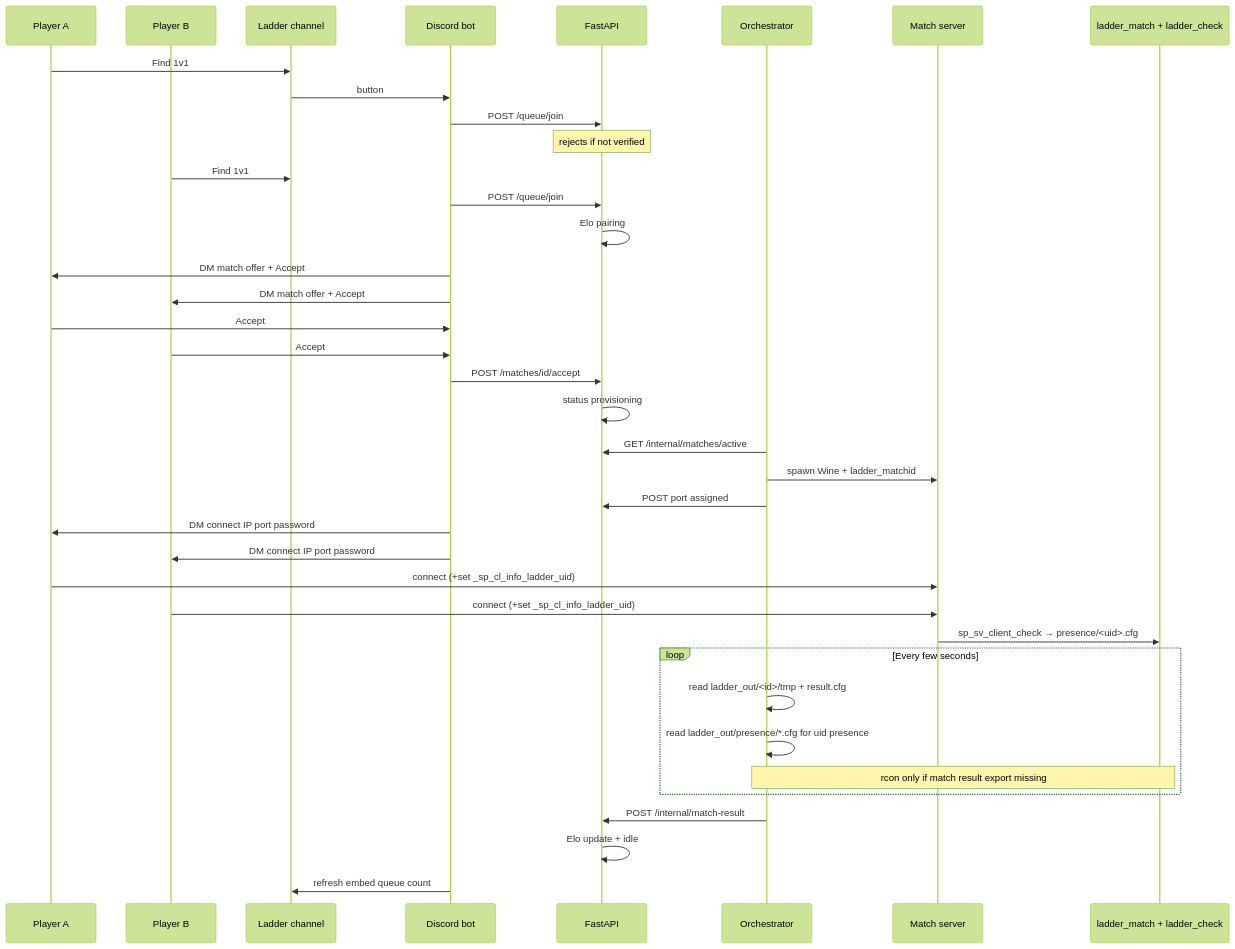
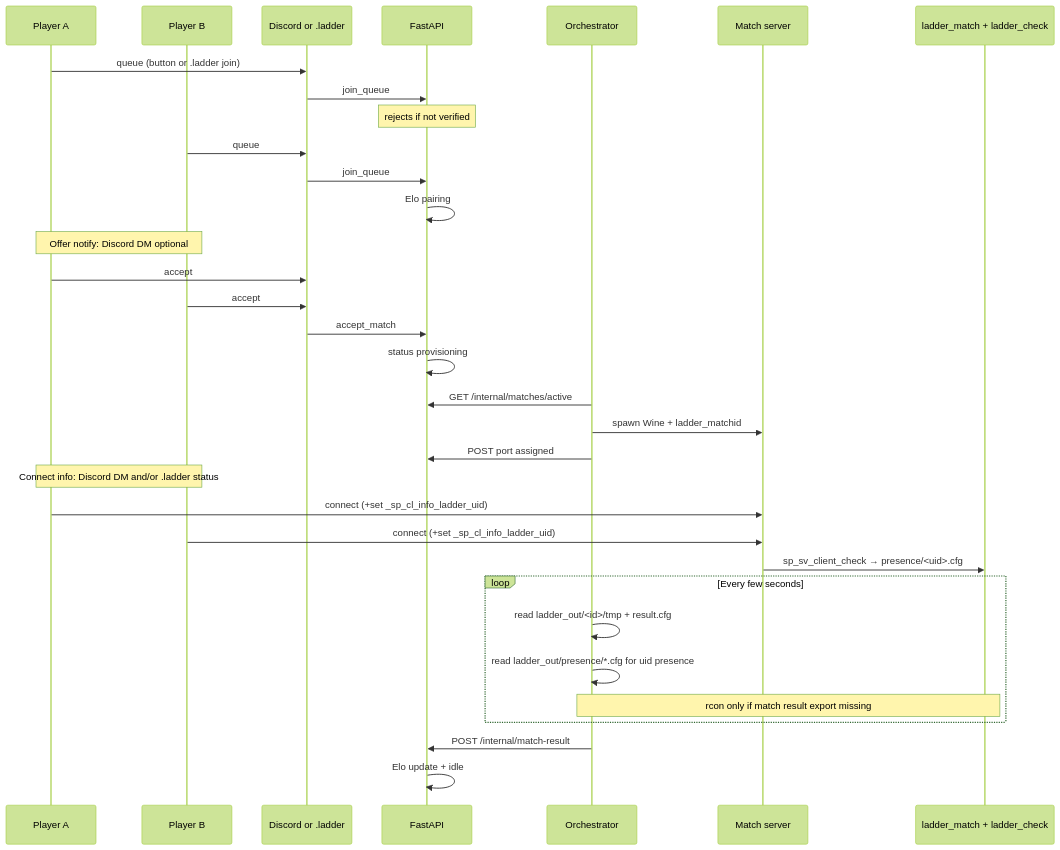
The fourth of 10 diagrams in README.md (d3nd3/sof-ladder), drawn with Mermaid (forest theme) before and after one commit. The commit also changed other lines of this file, not shown here.

````diff
--- a/README.md
+++ b/README.md
@@ -86,41 +123,36 @@
 ```mermaid
 sequenceDiagram
   participant P1 as Player A
   participant P2 as Player B
-  participant Ch as Ladder channel
-  participant Bot as Discord bot
+  participant UI as Discord or .ladder
   participant API as FastAPI
   participant Orch as Orchestrator
   participant Srv as Match server
   participant SP as ladder_match + ladder_check
 
-  P1->>Ch: Find 1v1
-  Ch->>Bot: button
-  Bot->>API: POST /queue/join
+  P1->>UI: queue (button or .ladder join)
+  UI->>API: join_queue
   Note over API: rejects if not verified
-  P2->>Ch: Find 1v1
-  Bot->>API: POST /queue/join
+  P2->>UI: queue
+  UI->>API: join_queue
   API->>API: Elo pairing
-  Bot->>P1: DM match offer + Accept
-  Bot->>P2: DM match offer + Accept
-  P1->>Bot: Accept
-  P2->>Bot: Accept
-  Bot->>API: POST /matches/id/accept
+  Note over P1,P2: Offer notify: Discord DM optional
+  P1->>UI: accept
+  P2->>UI: accept
+  UI->>API: accept_match
   API->>API: status provisioning
   Orch->>API: GET /internal/matches/active
   Orch->>Srv: spawn Wine + ladder_matchid
   Orch->>API: POST port assigned
-  Bot->>P1: DM connect IP port password
-  Bot->>P2: DM connect IP port password
+  Note over P1,P2: Connect info: Discord DM and/or .ladder status
   P1->>Srv: connect (+set _sp_cl_info_ladder_uid)
   P2->>Srv: connect (+set _sp_cl_info_ladder_uid)
   Srv->>SP: sp_sv_client_check → presence/<uid>.cfg
   loop Every few seconds
     Orch->>Orch: read ladder_out/<id>/tmp + result.cfg
     Orch->>Orch: read ladder_out/presence/*.cfg for uid presence
     Note over Orch,SP: rcon only if match result export missing
   end
   Orch->>API: POST /internal/match-result
   API->>API: Elo update + idle
-  Bot->>Ch: refresh embed queue count
 ```
````
